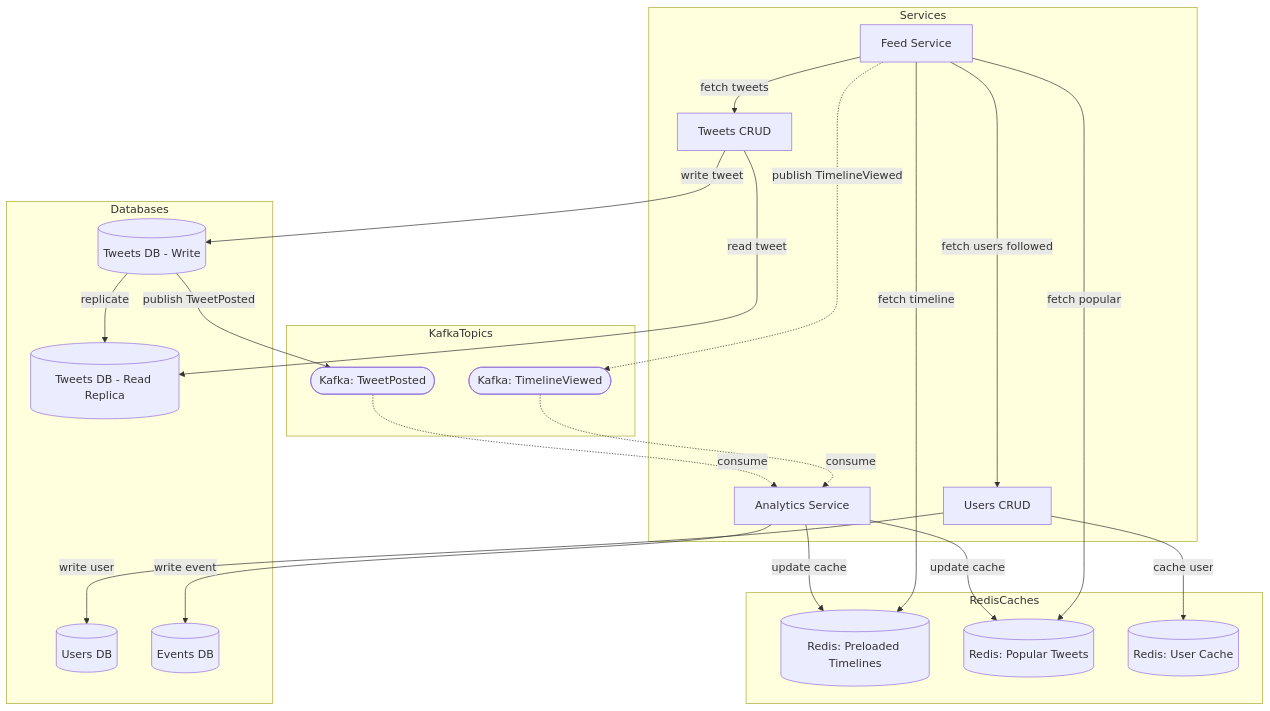
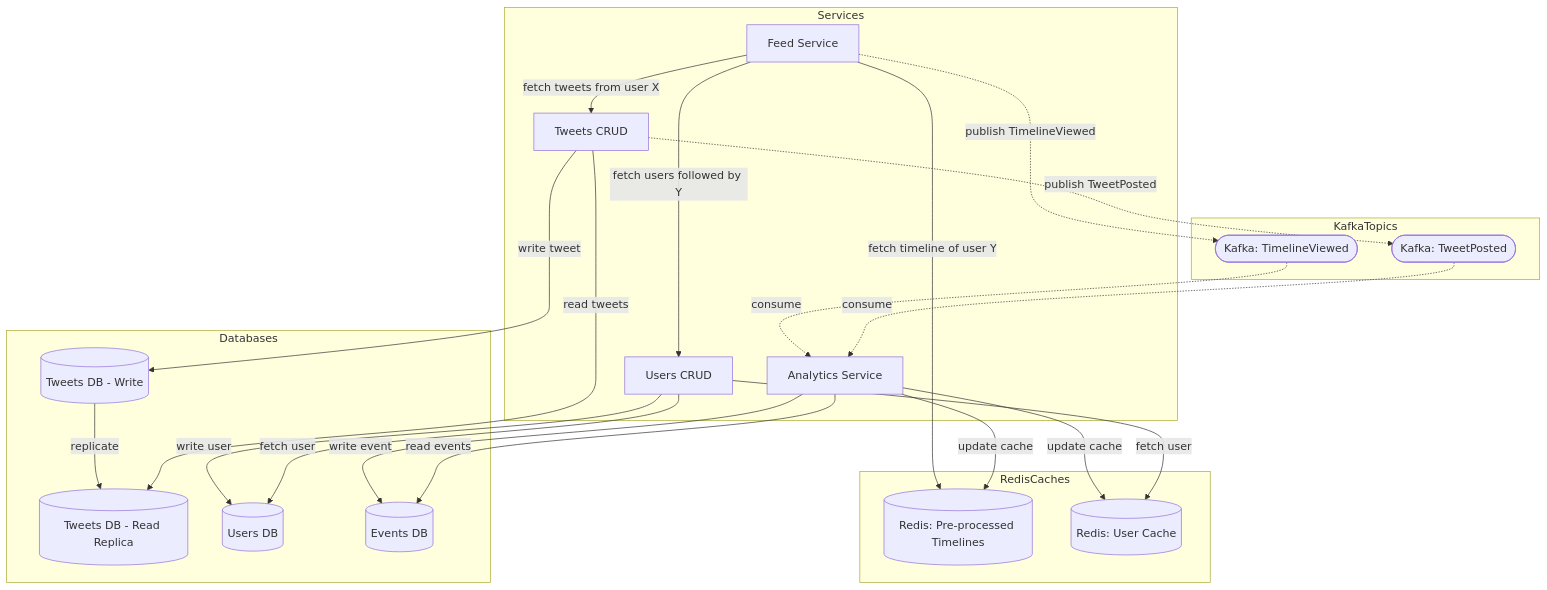
The first of 4 diagrams in docs/docsify/architecture.md (lucas-soria/microblogging), drawn with Mermaid before and after one commit. The commit also changed other lines of this file and 1 other file, not shown here.

````diff
--- a/docs/docsify/architecture.md
+++ b/docs/docsify/architecture.md
@@ -26,60 +26,58 @@
 ```mermaid
 flowchart TD
   %% Services
   subgraph Services
     FeedService[Feed Service]
     TweetsCRUD[Tweets CRUD]
     UsersCRUD[Users CRUD]
     Analytics[Analytics Service]
   end
 
   %% Databases
   subgraph Databases
     TweetsWrite[(Tweets DB - Write)]
     TweetsRead[(Tweets DB - Read Replica)]
     UsersDB[(Users DB)]
     EventsDB[(Events DB)]
   end
 
   %% Kafka Topics
   subgraph KafkaTopics
     K_TweetPosted([Kafka: TweetPosted])
     K_TimelineViewed([Kafka: TimelineViewed])
   end
 
   %% Redis Caches
   subgraph RedisCaches
-    RedisTimelineCache[(Redis: Preloaded Timelines)]
-    RedisPopularCache[(Redis: Popular Tweets)]
+    RedisTimelineCache[(Redis: Pre-processed Timelines)]
     RedisUserCache[(Redis: User Cache)]
   end
 
   %% Feed Service interactions
-  FeedService -->|fetch tweets| TweetsCRUD
-  FeedService -->|fetch timeline| RedisTimelineCache
-  FeedService -->|fetch popular| RedisPopularCache
+  FeedService -->|fetch tweets from user X| TweetsCRUD
+  FeedService -->|fetch timeline of user Y| RedisTimelineCache
   FeedService -.->|publish TimelineViewed| K_TimelineViewed
+  FeedService -->|fetch users followed by Y| UsersCRUD
 
   %% Kafka → Analytics
   K_TimelineViewed -.->|consume| Analytics
   K_TweetPosted -.->|consume| Analytics
 
   %% Tweets CRUD interactions
   TweetsCRUD -->|write tweet| TweetsWrite
   TweetsWrite -->|replicate| TweetsRead
-  TweetsCRUD -->|read tweet| TweetsRead
-  TweetsWrite -->|publish TweetPosted| K_TweetPosted
+  TweetsCRUD -->|read tweets| TweetsRead
+  TweetsCRUD -.->|publish TweetPosted| K_TweetPosted
 
   %% Analytics interactions
   Analytics -->|update cache| RedisTimelineCache
-  Analytics -->|update cache| RedisPopularCache
+  Analytics -->|update cache| RedisUserCache
   Analytics -->|write event| EventsDB
+  Analytics -->|read events| EventsDB
 
   %% Users CRUD
   UsersCRUD -->|write user| UsersDB
-  UsersCRUD -->|cache user| RedisUserCache
-
-  %% Feed Service accessing user data
-  FeedService -->|fetch users followed| UsersCRUD
+  UsersCRUD -->|fetch user| UsersDB
+  UsersCRUD -->|fetch user| RedisUserCache
 
 ```
````
